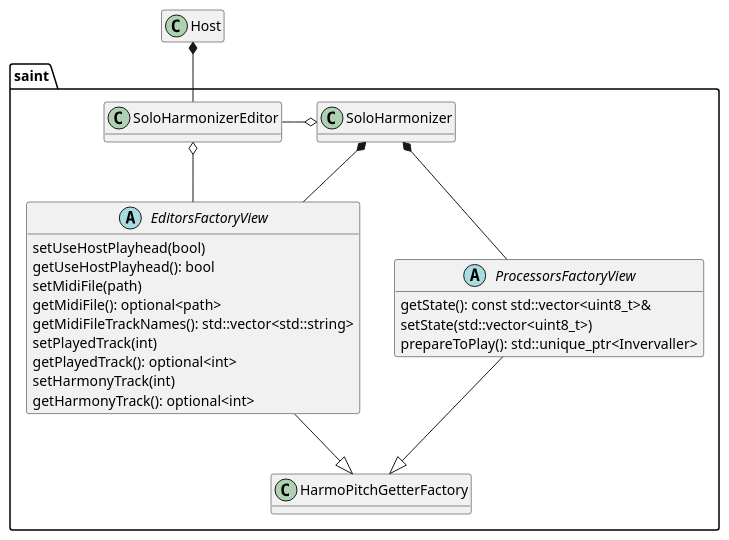
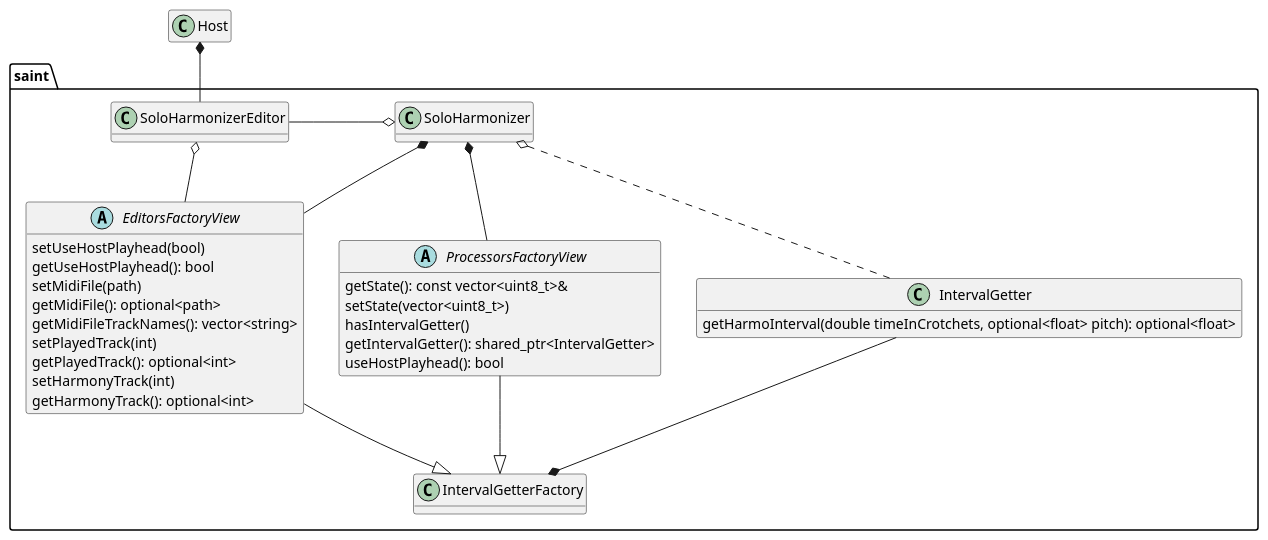
Before and after one commit to saintmatthieu/solo-harmonizer: the diagram in _doc/class-diagram.puml, drawn with PlantUML. The commit also changed other lines of this file and 22 other files, not shown here.

Commit message:
HarmoPitch -> Interval

```diff
--- a/_doc/class-diagram.puml
+++ b/_doc/class-diagram.puml
@@ -1,48 +1,54 @@
 @startuml
 
 hide fields
 hide Host methods
 hide saint.SoloHarmonizer methods
 hide saint.SoloHarmonizerEditor methods
-hide saint.HarmoPitchGetterFactory methods
+hide saint.IntervalGetterFactory methods
 
 class Host
 
 namespace saint {
 class SoloHarmonizer
 class SoloHarmonizerEditor
 
 abstract class EditorsFactoryView {
   setUseHostPlayhead(bool)
   getUseHostPlayhead(): bool
   setMidiFile(path)
   getMidiFile(): optional<path>
-  getMidiFileTrackNames(): std::vector<std::string>
+  getMidiFileTrackNames(): vector<string>
   setPlayedTrack(int)
   getPlayedTrack(): optional<int>
   setHarmonyTrack(int)
   getHarmonyTrack(): optional<int>
 }
 
 abstract class ProcessorsFactoryView {
-  getState(): const std::vector<uint8_t>&
-  setState(std::vector<uint8_t>)
-  prepareToPlay(): std::unique_ptr<Invervaller>
+  getState(): const vector<uint8_t>&
+  setState(vector<uint8_t>)
+  hasIntervalGetter()
+  getIntervalGetter(): shared_ptr<IntervalGetter>
+  useHostPlayhead(): bool
 }
 
-class HarmoPitchGetterFactory
+class IntervalGetterFactory
+class IntervalGetter {
+  getHarmoInterval(double timeInCrotchets, optional<float> pitch): optional<float>
+}
 
 SoloHarmonizerEditor -o SoloHarmonizer
 SoloHarmonizer *-- ProcessorsFactoryView
 SoloHarmonizer *-- EditorsFactoryView
 SoloHarmonizerEditor o-- EditorsFactoryView
 
-EditorsFactoryView --|> HarmoPitchGetterFactory
-ProcessorsFactoryView --|> HarmoPitchGetterFactory
-
+EditorsFactoryView --|> IntervalGetterFactory
+ProcessorsFactoryView --|> IntervalGetterFactory
+SoloHarmonizer o. IntervalGetter
+IntervalGetter --* IntervalGetterFactory
 
 }
 
 Host *-- saint.SoloHarmonizerEditor
 
 @enduml
```
